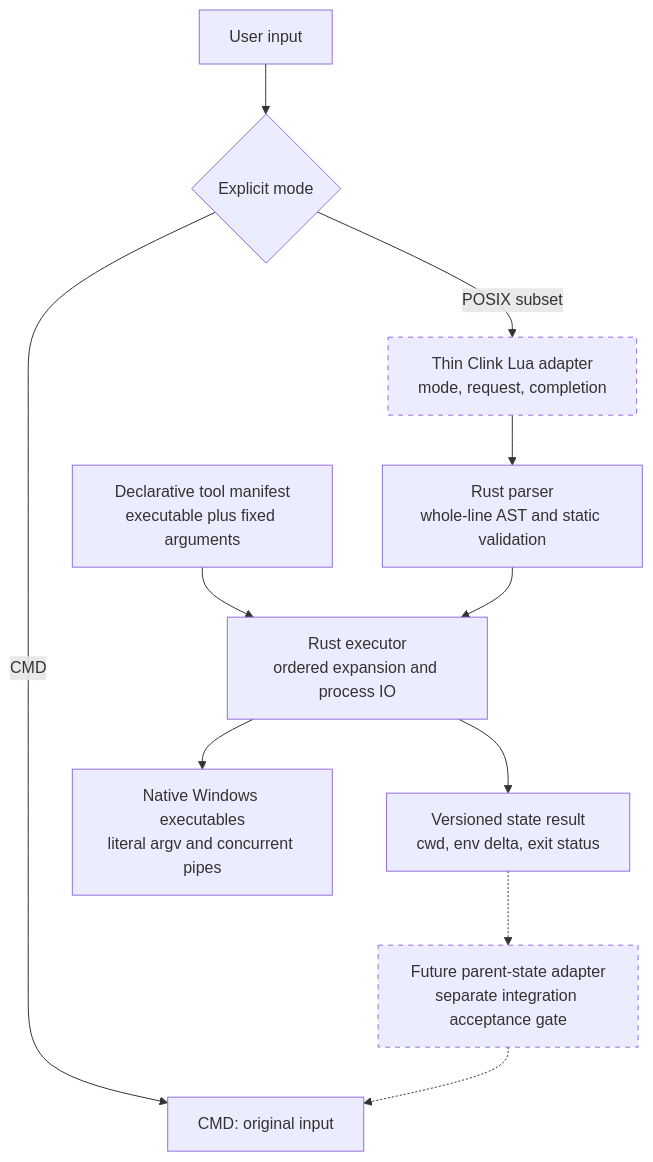
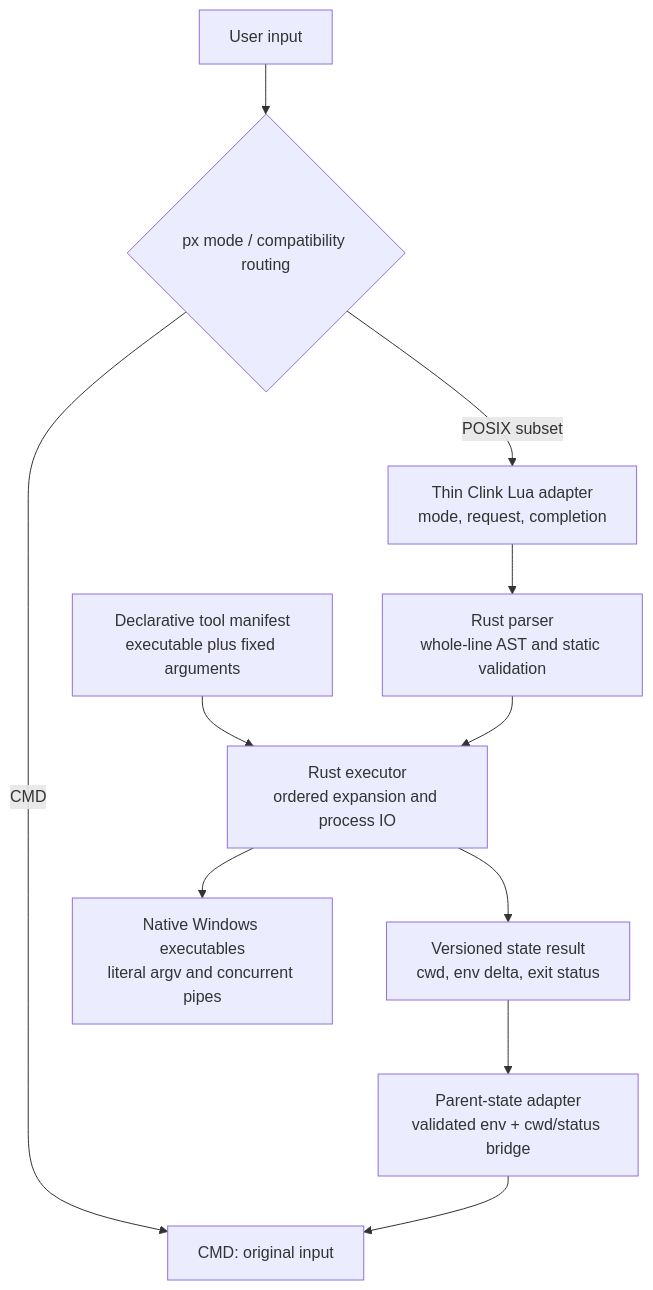
The diagram in architecture.mmd (arrio464/clink-posix), drawn with Mermaid before and after one commit. The commit also changed 23 other files, not shown here.

```diff
--- a/architecture.mmd
+++ b/architecture.mmd
@@ -1,13 +1,11 @@
 flowchart TD
-    U["User input"] --> M{"Explicit mode"}
+    U["User input"] --> M{"px mode / compatibility routing"}
     M -->|"CMD"| C["CMD: original input"]
     M -->|"POSIX subset"| L["Thin Clink Lua adapter<br/>mode, request, completion"]
     L --> P["Rust parser<br/>whole-line AST and static validation"]
     P --> E["Rust executor<br/>ordered expansion and process IO"]
     E --> N["Native Windows executables<br/>literal argv and concurrent pipes"]
     E --> S["Versioned state result<br/>cwd, env delta, exit status"]
-    S -.-> A["Future parent-state adapter<br/>separate integration acceptance gate"]
-    A -.-> C
+    S --> A["Parent-state adapter<br/>validated env + cwd/status bridge"]
+    A --> C
     T["Declarative tool manifest<br/>executable plus fixed arguments"] --> E
-    style A stroke-dasharray: 5 5
-    style L stroke-dasharray: 5 5
```
